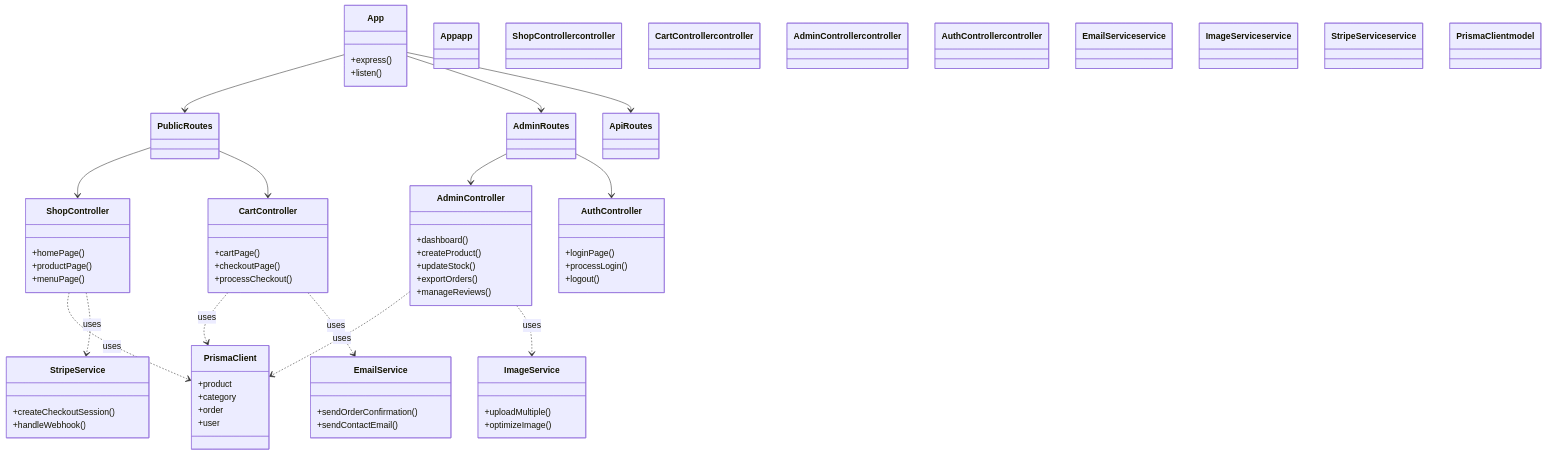
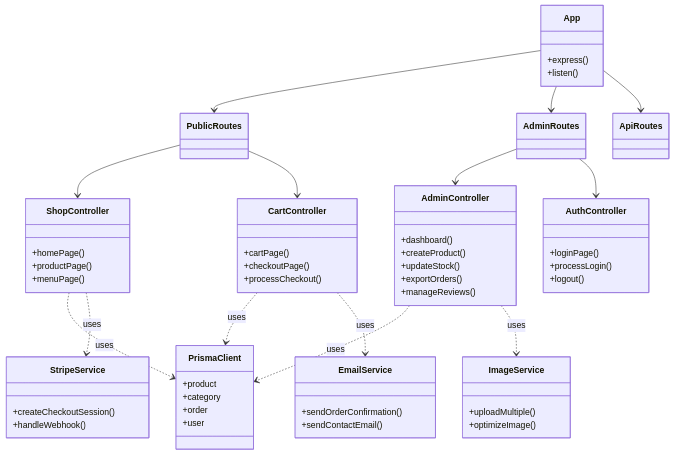
The fourth of 4 diagrams in technical_design.md (MPSBeats/ProjetTransverse), drawn with Mermaid before and after one commit. The commit also changed other lines of this file, not shown here.

Commit message:
style: revert diagrams to plain styling

````diff
--- a/technical_design.md
+++ b/technical_design.md
@@ -191,12 +184,5 @@
 ```mermaid
 classDiagram
-    %% Styles
-    classDef controller fill:#e8f5e9,stroke:#2e7d32,stroke-width:1px;
-    classDef service fill:#fff3e0,stroke:#ef6c00,stroke-width:1px;
-    classDef model fill:#e3f2fd,stroke:#1565c0,stroke-width:1px;
-    classDef app fill:#f3e5f5,stroke:#7b1fa2,stroke-width:1px;
-    classDef system fill:#ffffff,stroke:#333,stroke-width:1px;
-
     %% Relations
     App --> PublicRoutes
     App --> AdminRoutes
@@ -219,21 +205,18 @@
         +express()
         +listen()
     }
-    class App app
 
     class ShopController {
         +homePage()
         +productPage()
         +menuPage()
     }
-    class ShopController controller
 
     class CartController {
         +cartPage()
         +checkoutPage()
         +processCheckout()
     }
-    class CartController controller
 
     class AdminController {
         +dashboard()
@@ -242,32 +225,27 @@
         +exportOrders()
         +manageReviews()
     }
-    class AdminController controller
 
     class AuthController {
         +loginPage()
         +processLogin()
         +logout()
     }
-    class AuthController controller
 
     class EmailService {
         +sendOrderConfirmation()
         +sendContactEmail()
     }
-    class EmailService service
 
     class ImageService {
         +uploadMultiple()
         +optimizeImage()
     }
-    class ImageService service
 
     class StripeService {
         +createCheckoutSession()
         +handleWebhook()
     }
-    class StripeService service
 
     class PrismaClient {
         +product
@@ -275,5 +253,4 @@
         +order
         +user
     }
-    class PrismaClient model
 ```
````
